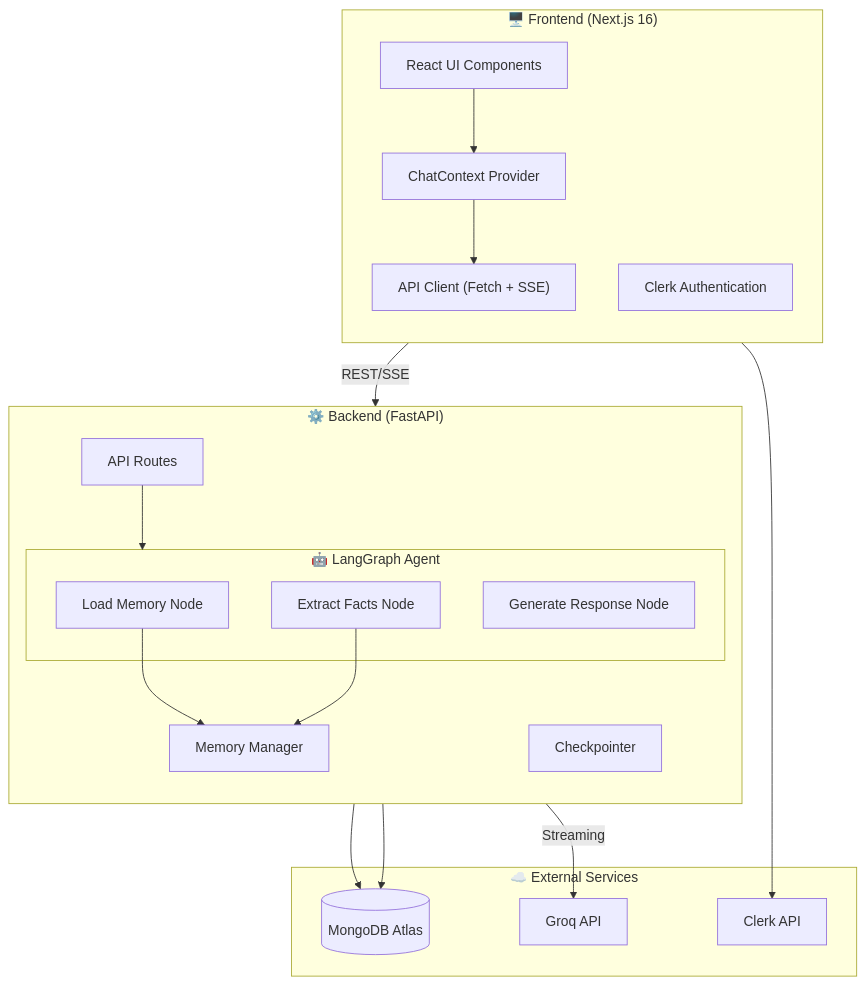
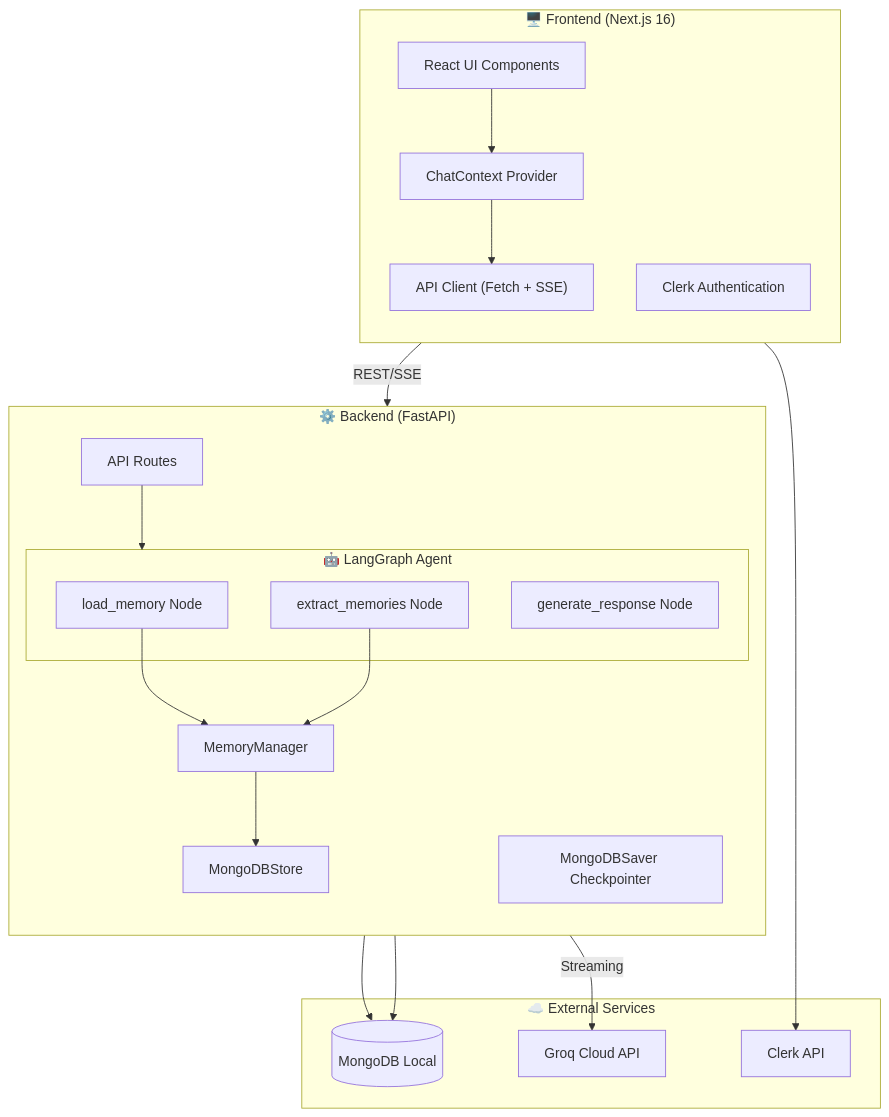
Before and after one commit to Aafimalek/t3_chat: the first of 7 diagrams in README.md, drawn with Mermaid. The commit also changed other lines of this file and 1 other file, not shown here.

````diff
--- a/README.md
+++ b/README.md
@@ -72,41 +84,43 @@
 ```mermaid
 graph TB
     subgraph Client["🖥️ Frontend (Next.js 16)"]
         direction TB
         UI["React UI Components"]
         Context["ChatContext Provider"]
         API_Client["API Client (Fetch + SSE)"]
         Auth["Clerk Authentication"]
     end
 
     subgraph Server["⚙️ Backend (FastAPI)"]
         direction TB
         Routes["API Routes"]
         
         subgraph Agent["🤖 LangGraph Agent"]
-            LoadMem["Load Memory Node"]
-            Generate["Generate Response Node"]
-            Extract["Extract Facts Node"]
+            LoadMem["load_memory Node"]
+            Generate["generate_response Node"]
+            Extract["extract_memories Node"]
         end
         
-        MemMgr["Memory Manager"]
-        Checkpoint["Checkpointer"]
+        MemMgr["MemoryManager"]
+        Checkpoint["MongoDBSaver Checkpointer"]
+        Store["MongoDBStore"]
     end
 
     subgraph External["☁️ External Services"]
-        MongoDB[("MongoDB Atlas")]
-        Groq["Groq API"]
+        MongoDB[("MongoDB Local")]
+        Groq["Groq Cloud API"]
         ClerkAPI["Clerk API"]
     end
 
     UI --> Context
     Context --> API_Client
     Auth --> ClerkAPI
     API_Client -->|"REST/SSE"| Routes
     Routes --> Agent
     LoadMem --> MemMgr
     Generate -->|"Streaming"| Groq
     Extract --> MemMgr
-    MemMgr --> MongoDB
+    MemMgr --> Store
+    Store --> MongoDB
     Checkpoint --> MongoDB
 ```
````
